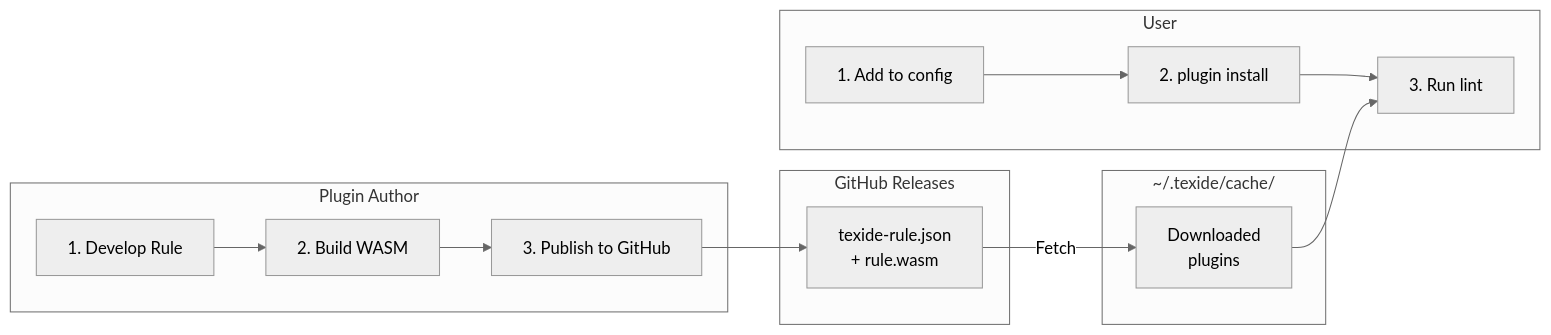
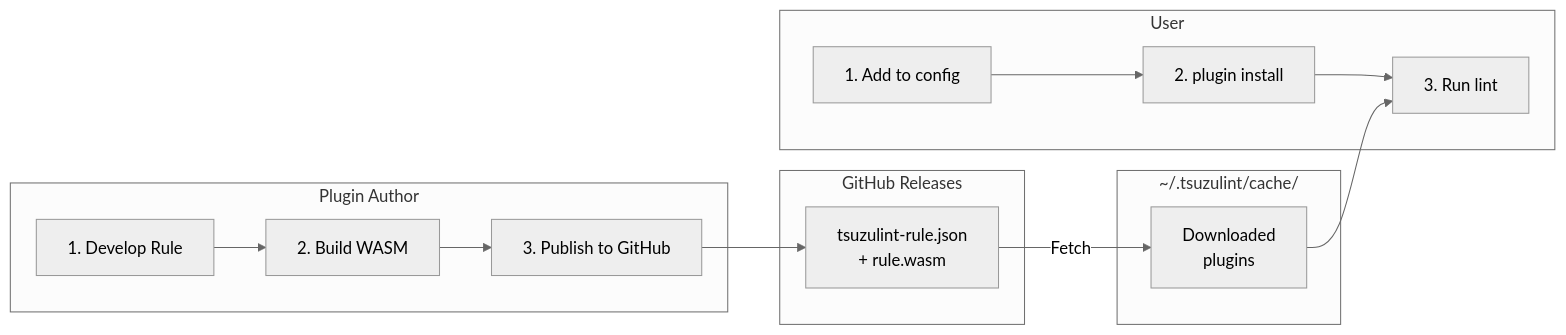
Before and after one commit to simorgh3196/tsuzulint: the first of 3 diagrams in docs/plugin-distribution.md, drawn with Mermaid (neutral theme). The commit also changed other lines of this file and 148 other files, not shown here.

````diff
--- a/docs/plugin-distribution.md
+++ b/docs/plugin-distribution.md
@@ -18,28 +18,28 @@
 ```mermaid
 flowchart LR
     subgraph Author["Plugin Author"]
         A1[1. Develop Rule]
         A2[2. Build WASM]
         A3[3. Publish to GitHub]
         A1 --> A2 --> A3
     end
 
     subgraph GitHub["GitHub Releases"]
-        GH[texide-rule.json<br/>+ rule.wasm]
+        GH[tsuzulint-rule.json<br/>+ rule.wasm]
     end
 
     subgraph User["User"]
         U1[1. Add to config]
         U2[2. plugin install]
         U3[3. Run lint]
         U1 --> U2 --> U3
     end
 
-    subgraph Cache["~/.texide/cache/"]
+    subgraph Cache["~/.tsuzulint/cache/"]
         C[Downloaded<br/>plugins]
     end
 
     A3 --> GH
     GH -->|Fetch| C
     C --> U3
 ```
````
